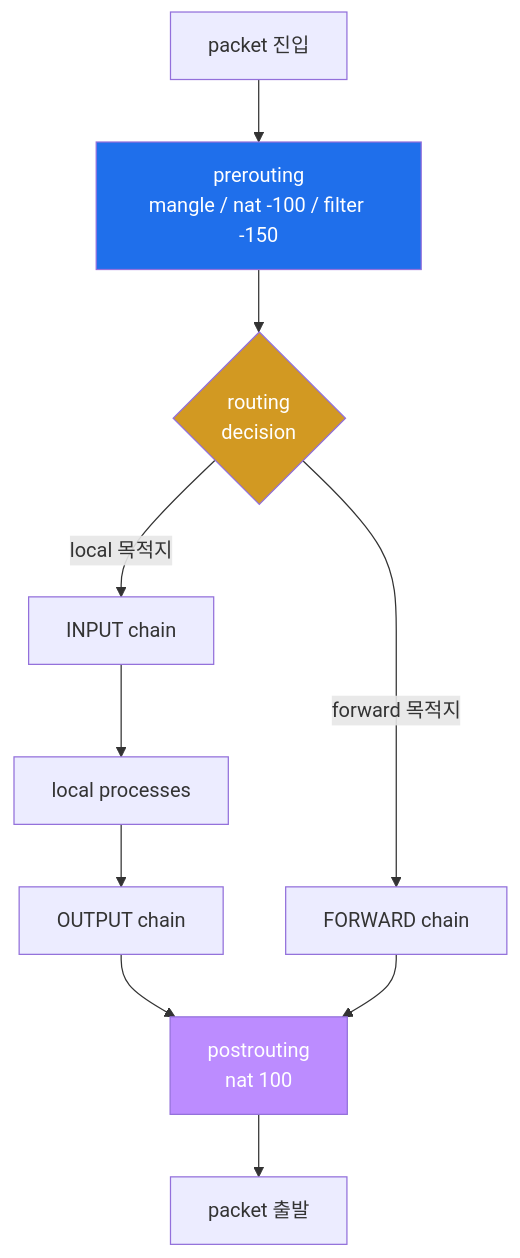
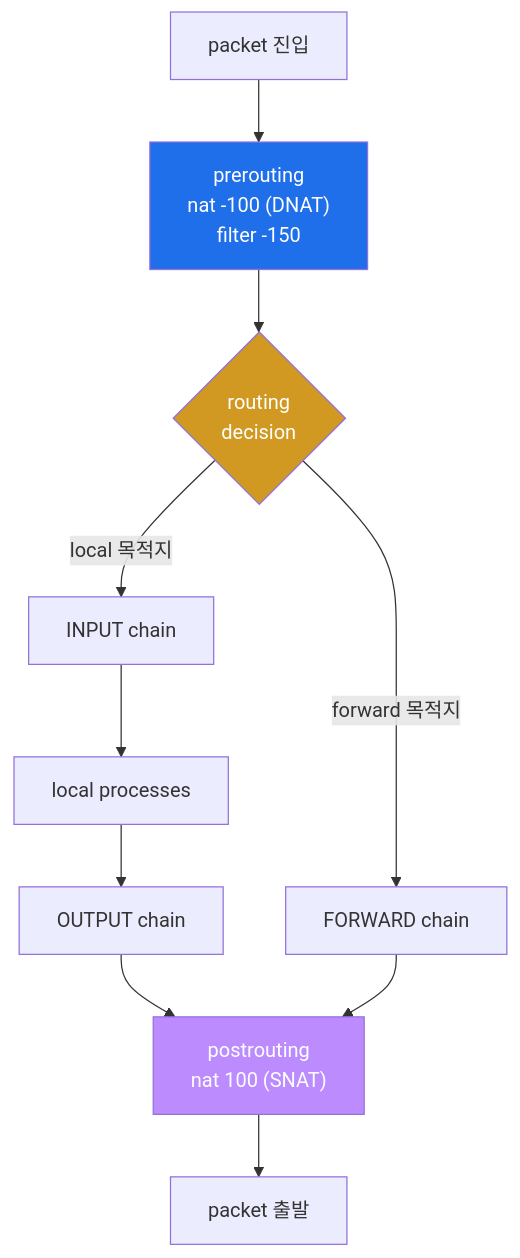
One commit to mrgrit/ccc changed the third of 7 diagrams in contents/standalone/lecture/secuops/week03.md. Above: the diagram before and after it, drawn with Mermaid. The commit also changed other lines of this file and 1 other file, not shown here.

````diff
--- a/contents/standalone/lecture/secuops/week03.md
+++ b/contents/standalone/lecture/secuops/week03.md
@@ -136,24 +175,24 @@
 ```mermaid
 graph TB
     PKT[packet 진입]
-    PRE["prerouting<br/>mangle / nat -100 / filter -150"]
+    PRE["prerouting<br/>nat -100 (DNAT)<br/>filter -150"]
     ROUTE{routing<br/>decision}
     IN[INPUT chain]
     LOCAL[local processes]
     FWD[FORWARD chain]
     OUT[OUTPUT chain]
-    POST["postrouting<br/>nat 100"]
+    POST["postrouting<br/>nat 100 (SNAT)"]
     OUTPKT[packet 출발]
     PKT --> PRE
     PRE --> ROUTE
     ROUTE -->|local 목적지| IN
     IN --> LOCAL
     LOCAL --> OUT
     OUT --> POST
     ROUTE -->|forward 목적지| FWD
     FWD --> POST
     POST --> OUTPKT
     style PRE fill:#1f6feb,color:#fff
     style ROUTE fill:#d29922,color:#fff
     style POST fill:#bc8cff,color:#fff
 ```
````
